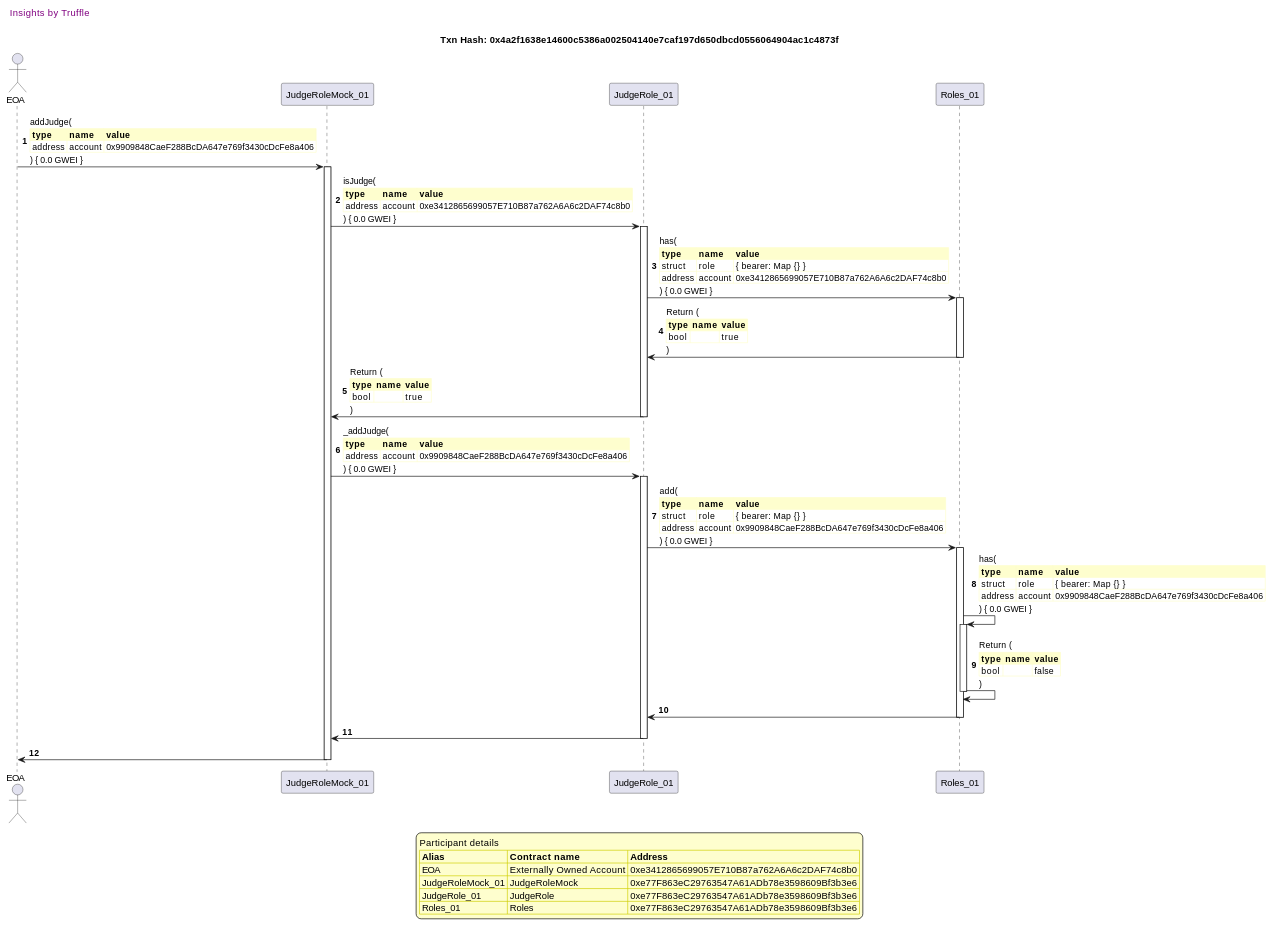
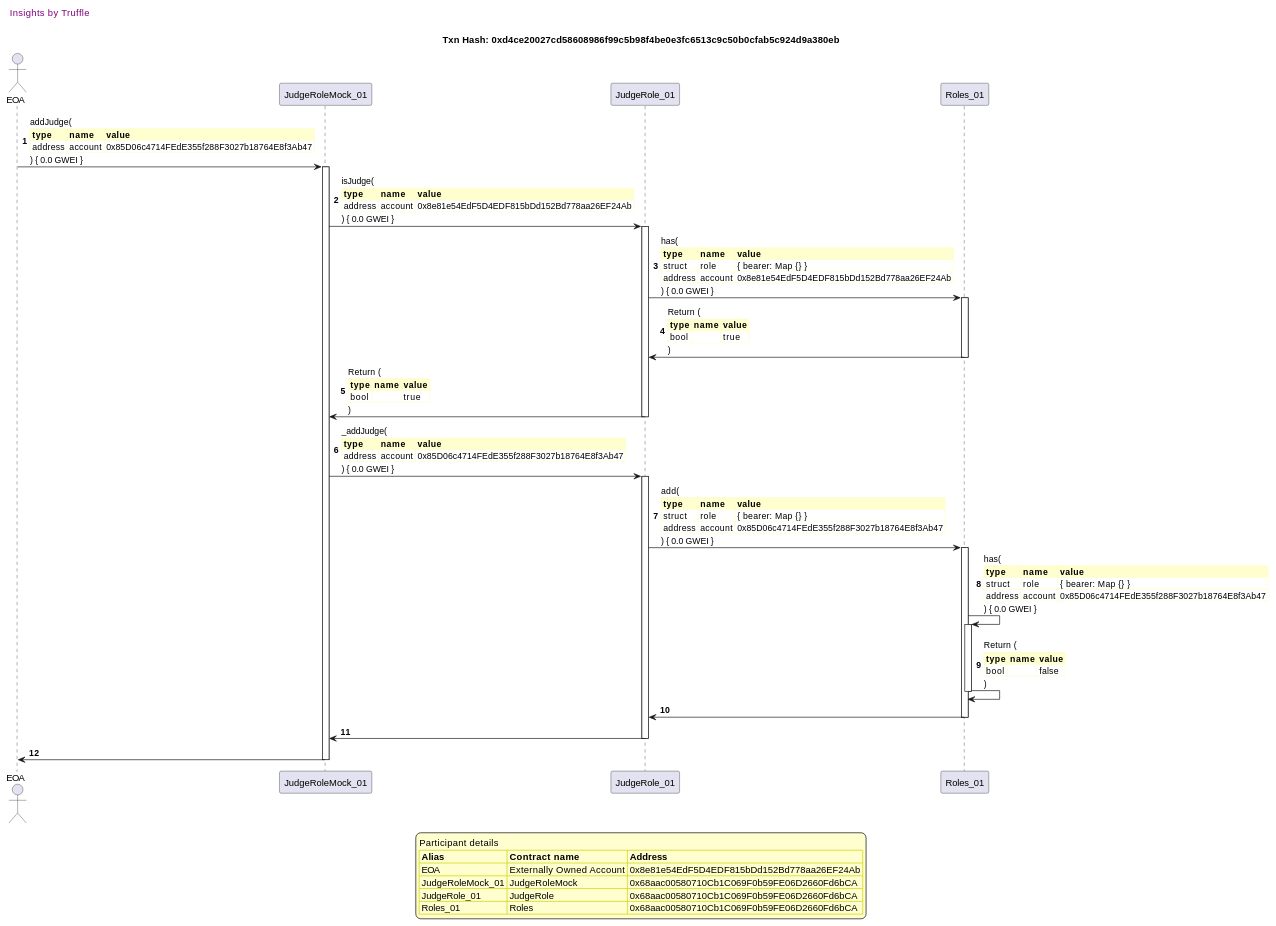
Diagram 13 of 41 in truffle-seq/roles_judgerole.md (fodisi/hackapay), drawn with PlantUML before and after one commit. The commit also changed other lines of this file and 10 other files, not shown here.

````diff
--- a/truffle-seq/roles_judgerole.md
+++ b/truffle-seq/roles_judgerole.md
@@ -962,81 +962,81 @@
 ```plantuml
 
 
 @startuml
 
 autonumber
 skinparam legendBackgroundColor #FEFECE
 
 <style>
       header {
         HorizontalAlignment left
         FontColor purple
         FontSize 14
         Padding 10
       }
     </style>
 
 header Insights by Truffle
 
-title Txn Hash: 0x4a2f1638e14600c5386a002504140e7caf197d650dbcd0556064904ac1c4873f
+title Txn Hash: 0xd4ce20027cd58608986f99c5b98f4be0e3fc6513c9c50b0cfab5c924d9a380eb
 
 
 actor EOA as "EOA"
 participant JudgeRoleMock_01 as "JudgeRoleMock_01"
 participant JudgeRole_01 as "JudgeRole_01"
 participant Roles_01 as "Roles_01"
 
 "EOA" -> "JudgeRoleMock_01" ++: addJudge(\n\
 <#FEFECE,#FEFECE>|= type |= name |= value |\n\
-| address | account | 0x9909848CaeF288BcDA647e769f3430cDcFe8a406 |\n\
+| address | account | 0x85D06c4714FEdE355f288F3027b18764E8f3Ab47 |\n\
 ) { 0.0 GWEI }
 "JudgeRoleMock_01" -> "JudgeRole_01" ++: isJudge(\n\
 <#FEFECE,#FEFECE>|= type |= name |= value |\n\
-| address | account | 0xe3412865699057E710B87a762A6A6c2DAF74c8b0 |\n\
+| address | account | 0x8e81e54EdF5D4EDF815bDd152Bd778aa26EF24Ab |\n\
 ) { 0.0 GWEI }
 "JudgeRole_01" -> "Roles_01" ++: has(\n\
 <#FEFECE,#FEFECE>|= type |= name |= value |\n\
 | struct | role | { bearer: Map {} } |\n\
-| address | account | 0xe3412865699057E710B87a762A6A6c2DAF74c8b0 |\n\
+| address | account | 0x8e81e54EdF5D4EDF815bDd152Bd778aa26EF24Ab |\n\
 ) { 0.0 GWEI }
 "Roles_01" -> "JudgeRole_01" --: Return (\n\
 <#FEFECE,#FEFECE>|= type |= name |= value |\n\
 | bool |  | true |\n\
 )
 "JudgeRole_01" -> "JudgeRoleMock_01" --: Return (\n\
 <#FEFECE,#FEFECE>|= type |= name |= value |\n\
 | bool |  | true |\n\
 )
 "JudgeRoleMock_01" -> "JudgeRole_01" ++: _addJudge(\n\
 <#FEFECE,#FEFECE>|= type |= name |= value |\n\
-| address | account | 0x9909848CaeF288BcDA647e769f3430cDcFe8a406 |\n\
+| address | account | 0x85D06c4714FEdE355f288F3027b18764E8f3Ab47 |\n\
 ) { 0.0 GWEI }
 "JudgeRole_01" -> "Roles_01" ++: add(\n\
 <#FEFECE,#FEFECE>|= type |= name |= value |\n\
 | struct | role | { bearer: Map {} } |\n\
-| address | account | 0x9909848CaeF288BcDA647e769f3430cDcFe8a406 |\n\
+| address | account | 0x85D06c4714FEdE355f288F3027b18764E8f3Ab47 |\n\
 ) { 0.0 GWEI }
 "Roles_01" -> "Roles_01" ++: has(\n\
 <#FEFECE,#FEFECE>|= type |= name |= value |\n\
 | struct | role | { bearer: Map {} } |\n\
-| address | account | 0x9909848CaeF288BcDA647e769f3430cDcFe8a406 |\n\
+| address | account | 0x85D06c4714FEdE355f288F3027b18764E8f3Ab47 |\n\
 ) { 0.0 GWEI }
 "Roles_01" -> "Roles_01" --: Return (\n\
 <#FEFECE,#FEFECE>|= type |= name |= value |\n\
 | bool |  | false |\n\
 )
 "Roles_01" -> "JudgeRole_01" --: 
 "JudgeRole_01" -> "JudgeRoleMock_01" --: 
 "JudgeRoleMock_01" -> "EOA" --: 
 
 legend
 Participant details
 <#FEFECE,#D0D000>|= Alias |= Contract name |= Address |
-<#FEFECE>| EOA | Externally Owned Account | 0xe3412865699057E710B87a762A6A6c2DAF74c8b0 |
-<#FEFECE>| JudgeRoleMock_01 | JudgeRoleMock | 0xe77F863eC29763547A61ADb78e3598609Bf3b3e6 |
-<#FEFECE>| JudgeRole_01 | JudgeRole | 0xe77F863eC29763547A61ADb78e3598609Bf3b3e6 |
-<#FEFECE>| Roles_01 | Roles | 0xe77F863eC29763547A61ADb78e3598609Bf3b3e6 |
+<#FEFECE>| EOA | Externally Owned Account | 0x8e81e54EdF5D4EDF815bDd152Bd778aa26EF24Ab |
+<#FEFECE>| JudgeRoleMock_01 | JudgeRoleMock | 0x68aac00580710Cb1C069F0b59FE06D2660Fd6bCA |
+<#FEFECE>| JudgeRole_01 | JudgeRole | 0x68aac00580710Cb1C069F0b59FE06D2660Fd6bCA |
+<#FEFECE>| Roles_01 | Roles | 0x68aac00580710Cb1C069F0b59FE06D2660Fd6bCA |
 endlegend
 
 @enduml
 ```
````
